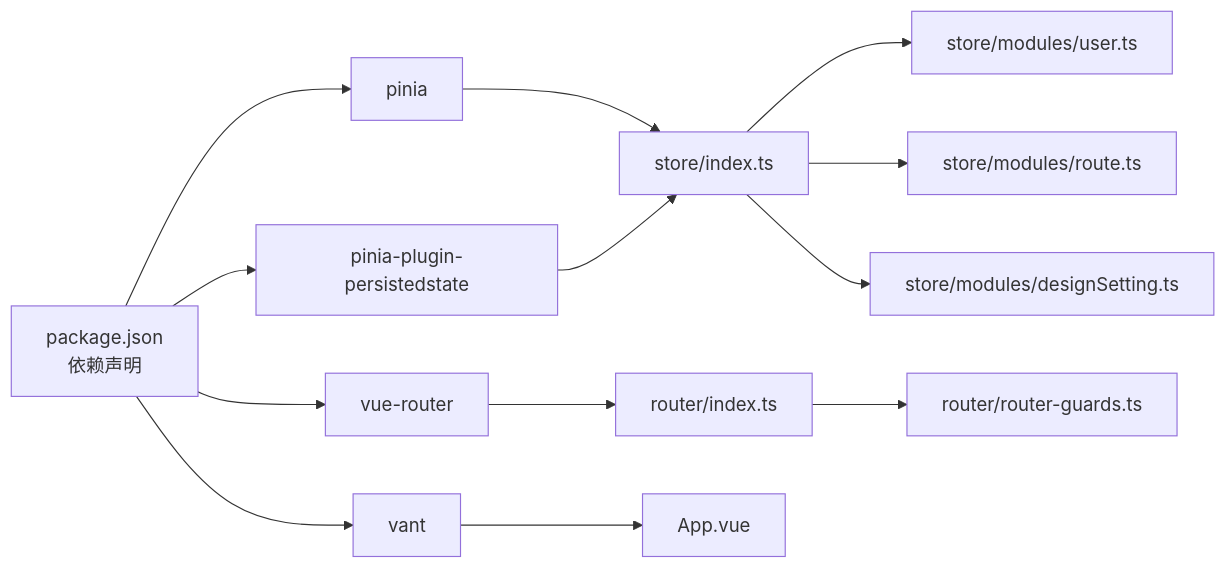
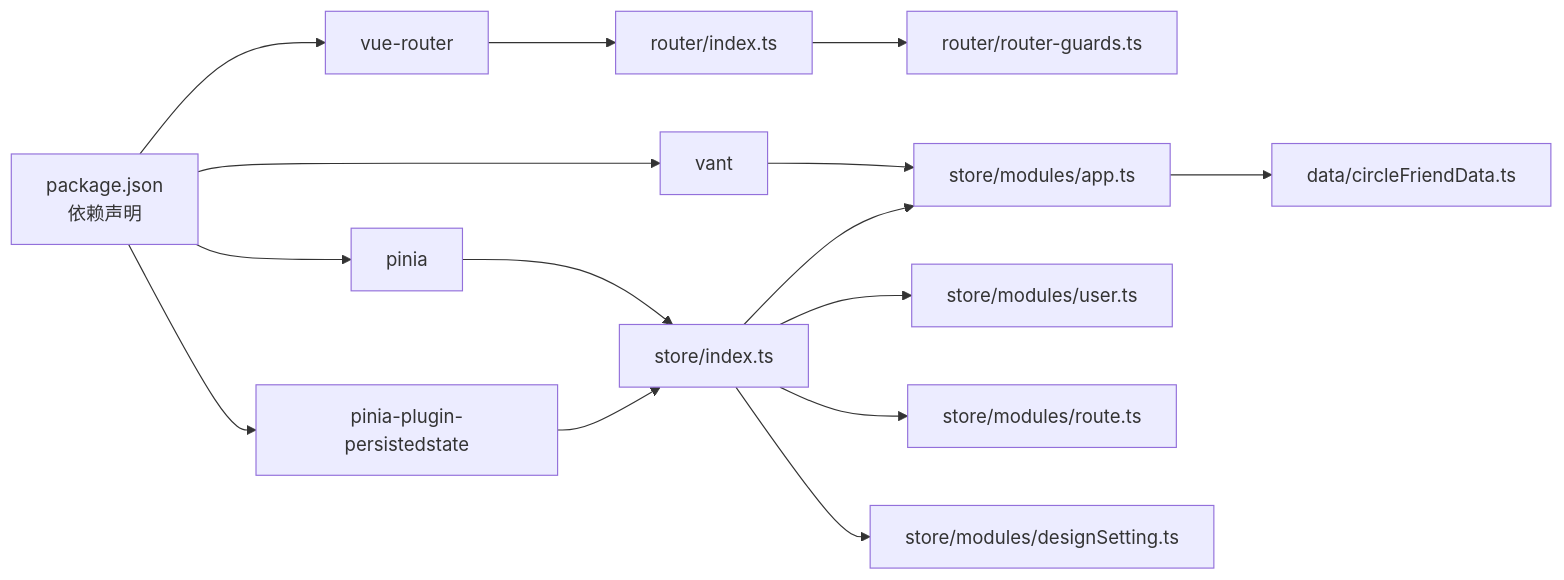
One commit to giserman001/vue3-vant4-mobile changed the eighth of 8 diagrams in .qoder/repowiki/zh/content/核心系统/状态管理系统/状态管理系统.md. Above: the diagram before and after it, drawn with Mermaid. The commit also changed other lines of this file and 60 other files, not shown here.

````diff
--- a/.qoder/repowiki/zh/content/核心系统/状态管理系统/状态管理系统.md
+++ b/.qoder/repowiki/zh/content/核心系统/状态管理系统/状态管理系统.md
@@ -339,15 +403,17 @@
 ```mermaid
 graph LR
 PACKAGE["package.json<br/>依赖声明"] --> PINIA["pinia"]
 PACKAGE --> PERSIST["pinia-plugin-persistedstate"]
 PACKAGE --> ROUTER["vue-router"]
 PACKAGE --> VANT["vant"]
 PINIA --> STORE["store/index.ts"]
 PERSIST --> STORE
 ROUTER --> ROUTERIDX["router/index.ts"]
 ROUTERIDX --> GUARDS["router/router-guards.ts"]
 VANT --> APP["App.vue"]
 STORE --> USER["store/modules/user.ts"]
 STORE --> ROUTE["store/modules/route.ts"]
+STORE --> APP["store/modules/app.ts"]
 STORE --> DESIGN["store/modules/designSetting.ts"]
+APP --> CIRCLEFRIEND["data/circleFriendData.ts"]
 ```
````
